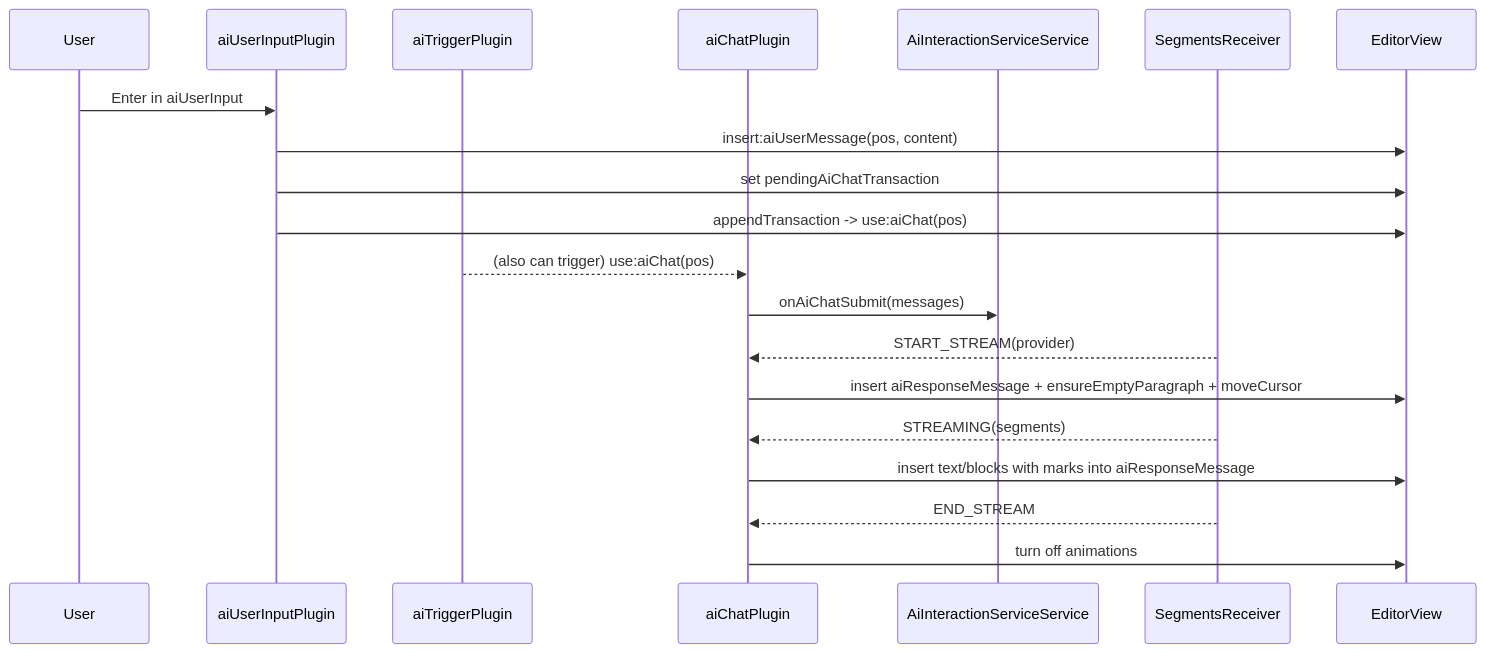
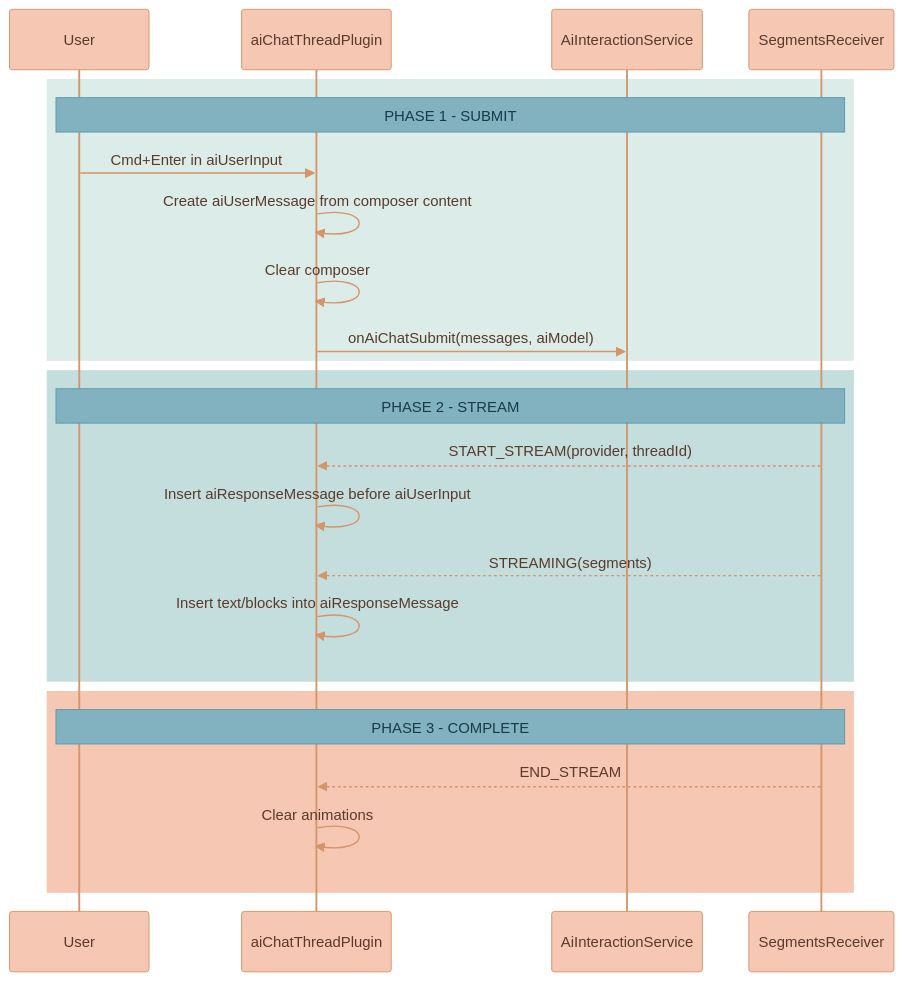
Before and after one commit to Lixpi/lixpi: the seventh of 8 diagrams in services/web-ui/src/components/proseMirror/README.md, drawn with Mermaid. The commit also changed other lines of this file and 27 other files, not shown here.

````diff
--- a/services/web-ui/src/components/proseMirror/README.md
+++ b/services/web-ui/src/components/proseMirror/README.md
@@ -293,21 +304,36 @@
 ```mermaid
+%%{init: {'theme': 'base', 'themeVariables': { 'noteBkgColor': '#82B2C0', 'noteTextColor': '#1a3a47', 'noteBorderColor': '#5a9aad', 'actorBkg': '#F6C7B3', 'actorBorder': '#d4956a', 'actorTextColor': '#5a3a2a', 'actorLineColor': '#d4956a', 'signalColor': '#d4956a', 'signalTextColor': '#5a3a2a', 'labelBoxBkgColor': '#F6C7B3', 'labelBoxBorderColor': '#d4956a', 'labelTextColor': '#5a3a2a', 'loopTextColor': '#5a3a2a', 'activationBorderColor': '#d4956a', 'activationBkgColor': '#C3DEDD', 'sequenceNumberColor': '#5a3a2a'}}}%%
 sequenceDiagram
   participant UI as User
-  participant AU as aiUserInputPlugin
-  participant AT as aiTriggerPlugin
-  participant AC as aiChatPlugin
-  participant S as AiInteractionServiceService
+  participant Plugin as aiChatThreadPlugin
+  participant S as AiInteractionService
   participant SR as SegmentsReceiver
-  UI->>AU: Enter in aiUserInput
-  AU->>EditorView: insert:aiUserMessage(pos, content)
-  AU->>EditorView: set pendingAiChatTransaction
-  AU->>EditorView: appendTransaction -> use:aiChat(pos)
-  AT-->>AC: (also can trigger) use:aiChat(pos)
-  AC->>S: onAiChatSubmit(messages)
-  SR-->>AC: START_STREAM(provider)
-  AC->>EditorView: insert aiResponseMessage + ensureEmptyParagraph + moveCursor
-  SR-->>AC: STREAMING(segments)
-  AC->>EditorView: insert text/blocks with marks into aiResponseMessage
-  SR-->>AC: END_STREAM
-  AC->>EditorView: turn off animations
+  %% ═══════════════════════════════════════════════════════════════
+  %% PHASE 1: SUBMIT
+  %% ═══════════════════════════════════════════════════════════════
+  rect rgb(220, 236, 233)
+      Note over UI, SR: PHASE 1 - SUBMIT
+      UI->>Plugin: Cmd+Enter in aiUserInput
+      Plugin->>Plugin: Create aiUserMessage from composer content
+      Plugin->>Plugin: Clear composer
+      Plugin->>S: onAiChatSubmit(messages, aiModel)
+  end
+  %% ═══════════════════════════════════════════════════════════════
+  %% PHASE 2: STREAM
+  %% ═══════════════════════════════════════════════════════════════
+  rect rgb(195, 222, 221)
+      Note over UI, SR: PHASE 2 - STREAM
+      SR-->>Plugin: START_STREAM(provider, threadId)
+      Plugin->>Plugin: Insert aiResponseMessage before aiUserInput
+      SR-->>Plugin: STREAMING(segments)
+      Plugin->>Plugin: Insert text/blocks into aiResponseMessage
+  end
+  %% ═══════════════════════════════════════════════════════════════
+  %% PHASE 3: COMPLETE
+  %% ═══════════════════════════════════════════════════════════════
+  rect rgb(246, 199, 179)
+      Note over UI, SR: PHASE 3 - COMPLETE
+      SR-->>Plugin: END_STREAM
+      Plugin->>Plugin: Clear animations
+  end
 ```
````
